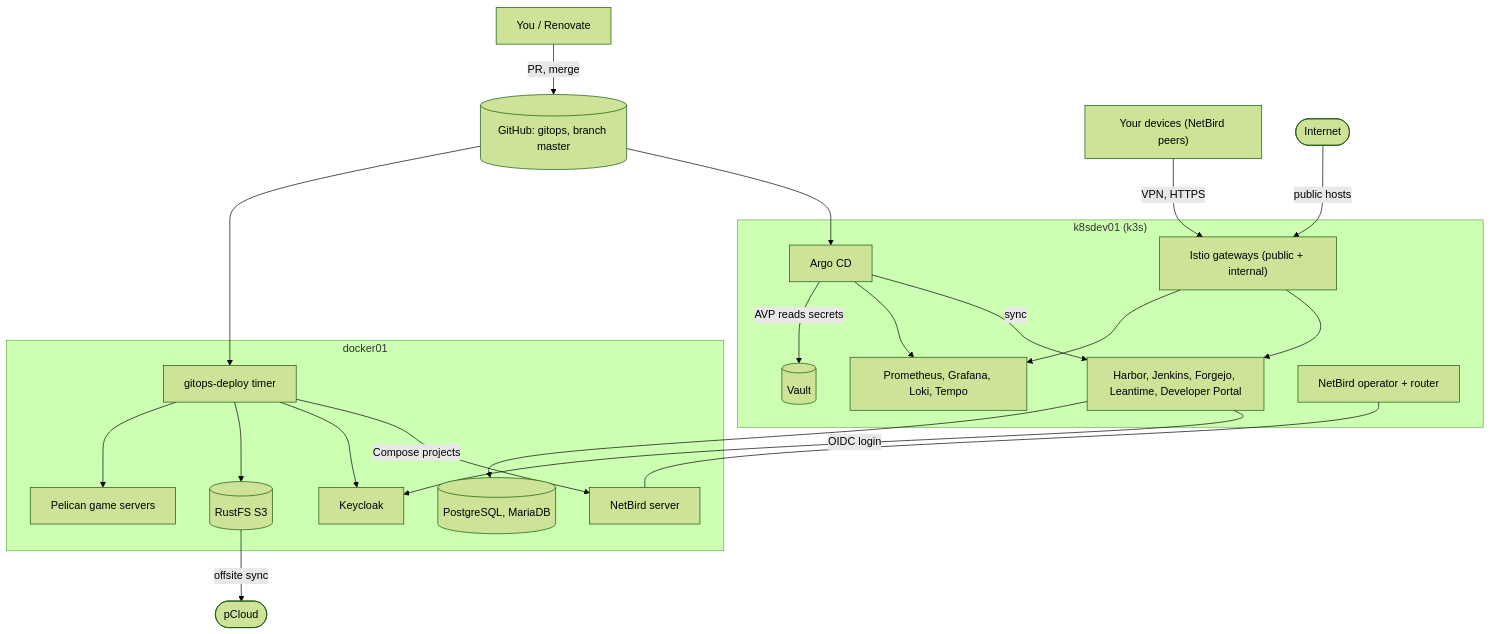
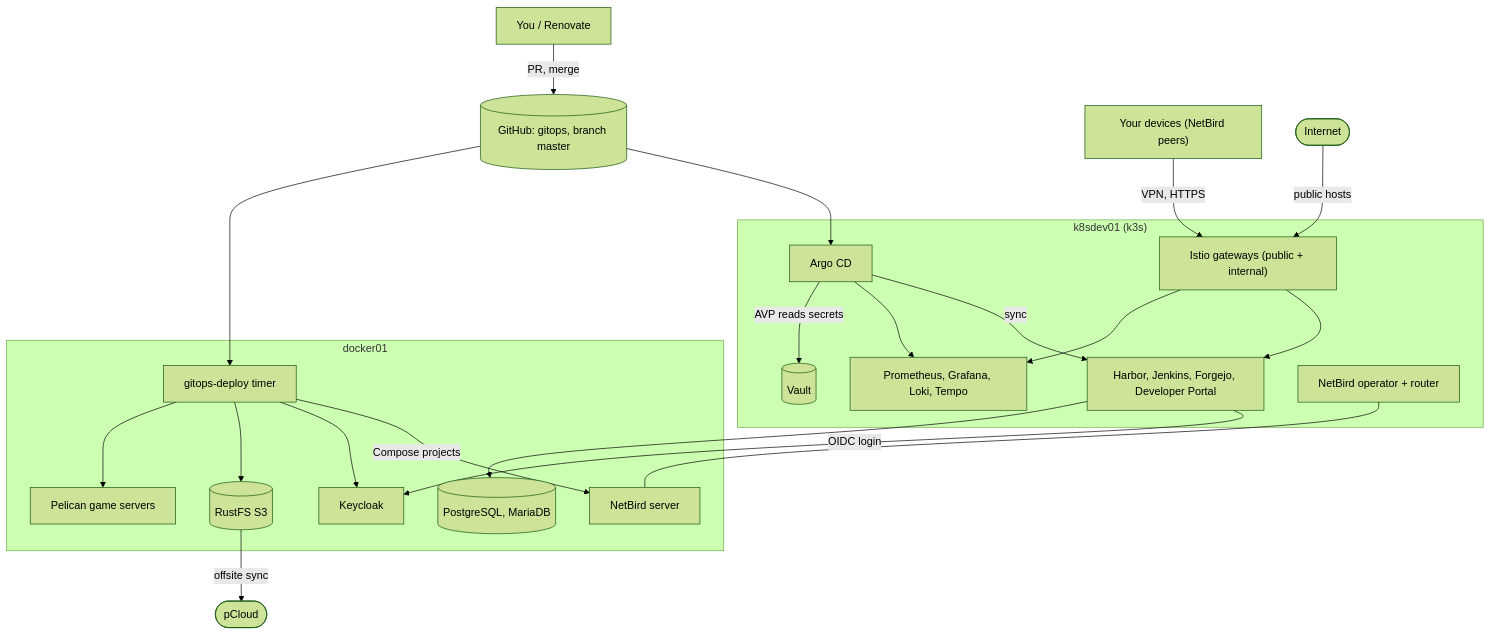
The first of 4 diagrams in README.md (ToXiCCuss/gitops), drawn with Mermaid (forest theme) before and after one commit. The commit also changed other lines of this file and 22 other files, not shown here.

````diff
--- a/README.md
+++ b/README.md
@@ -20,37 +20,37 @@
 ```mermaid
 flowchart TB
   you["You / Renovate"] -->|"PR, merge"| git[("GitHub: gitops, branch master")]
   peers["Your devices (NetBird peers)"] -->|"VPN, HTTPS"| mesh
   internet(["Internet"]) -->|"public hosts"| mesh
   subgraph k8s["k8sdev01 (k3s)"]
     argocd["Argo CD"]
     vault[("Vault")]
     mesh["Istio gateways (public + internal)"]
-    apps["Harbor, Jenkins, Forgejo, Leantime, Developer Portal"]
+    apps["Harbor, Jenkins, Forgejo, Developer Portal"]
     obs["Prometheus, Grafana, Loki, Tempo"]
     nbop["NetBird operator + router"]
   end
   subgraph docker01["docker01"]
     timer["gitops-deploy timer"]
     nb["NetBird server"]
     kc["Keycloak"]
     db[("PostgreSQL, MariaDB")]
     s3[("RustFS S3")]
     pel["Pelican game servers"]
   end
   git --> argocd
   git --> timer
   argocd -->|"sync"| apps
   argocd --> obs
   argocd -->|"AVP reads secrets"| vault
   mesh --> apps
   mesh --> obs
   apps -->|"OIDC login"| kc
   apps --> db
   timer -->|"Compose projects"| nb
   timer --> kc
   timer --> s3
   timer --> pel
   nbop --- nb
   s3 -->|"offsite sync"| pcloud(["pCloud"])
 ```
````
